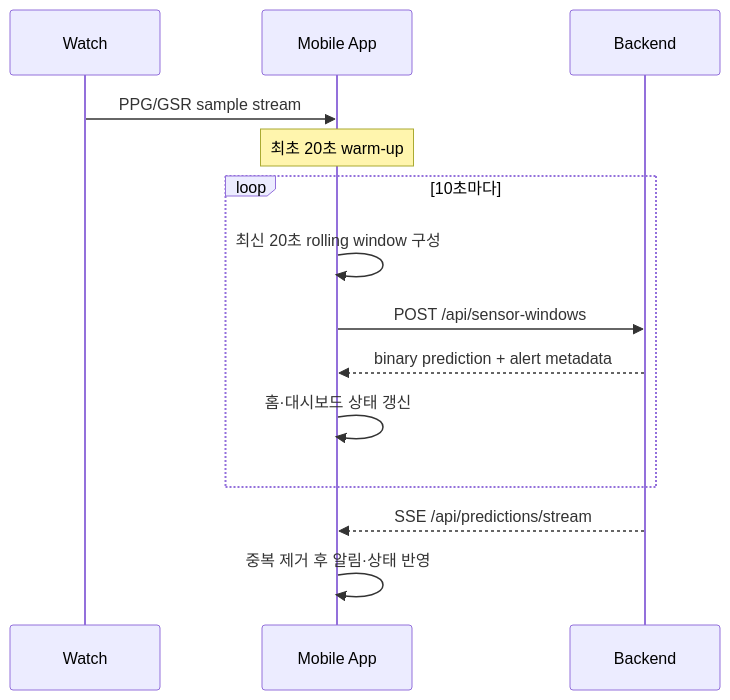
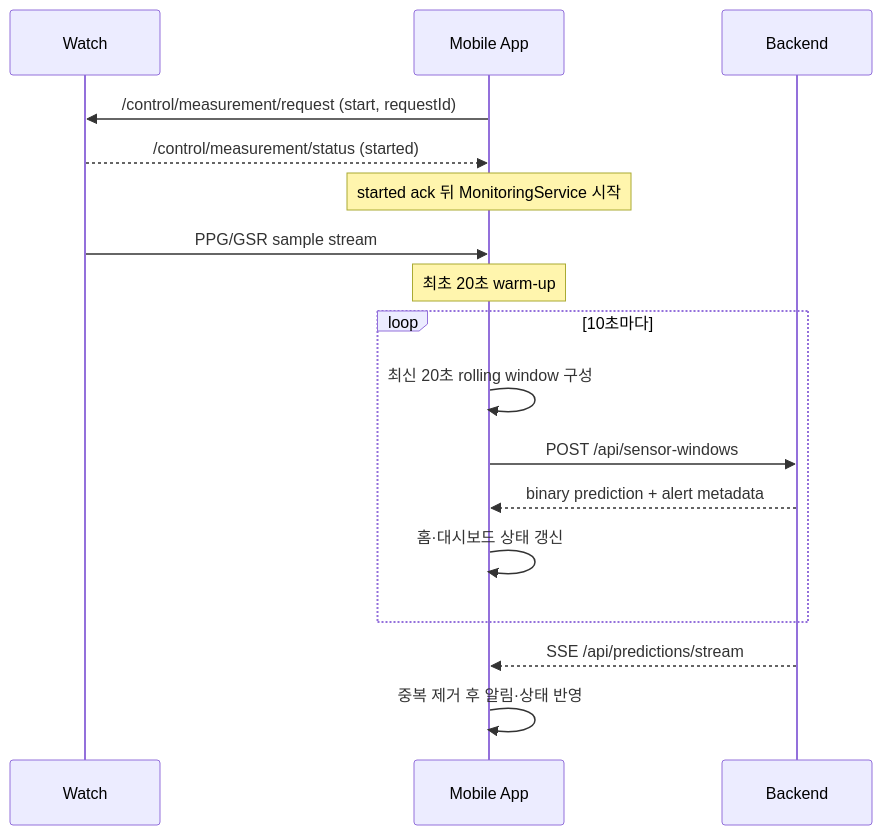
The second of 2 diagrams in docs/prd/PRD_neurotruth_mobile.ko.md (Neuro-AI-Lab/neurotruth), drawn with Mermaid before and after one commit. The commit also changed other lines of this file and 62 other files, not shown here.

````diff
--- a/docs/prd/PRD_neurotruth_mobile.ko.md
+++ b/docs/prd/PRD_neurotruth_mobile.ko.md
@@ -547,17 +555,20 @@
 ```mermaid
 sequenceDiagram
   participant W as Watch
   participant A as Mobile App
   participant B as Backend
 
+  A->>W: /control/measurement/request (start, requestId)
+  W-->>A: /control/measurement/status (started)
+  Note over A: started ack 뒤 MonitoringService 시작
   W->>A: PPG/GSR sample stream
   Note over A: 최초 20초 warm-up
   loop 10초마다
     A->>A: 최신 20초 rolling window 구성
     A->>B: POST /api/sensor-windows
     B-->>A: binary prediction + alert metadata
     A->>A: 홈·대시보드 상태 갱신
   end
   B-->>A: SSE /api/predictions/stream
   A->>A: 중복 제거 후 알림·상태 반영
 ```
````
